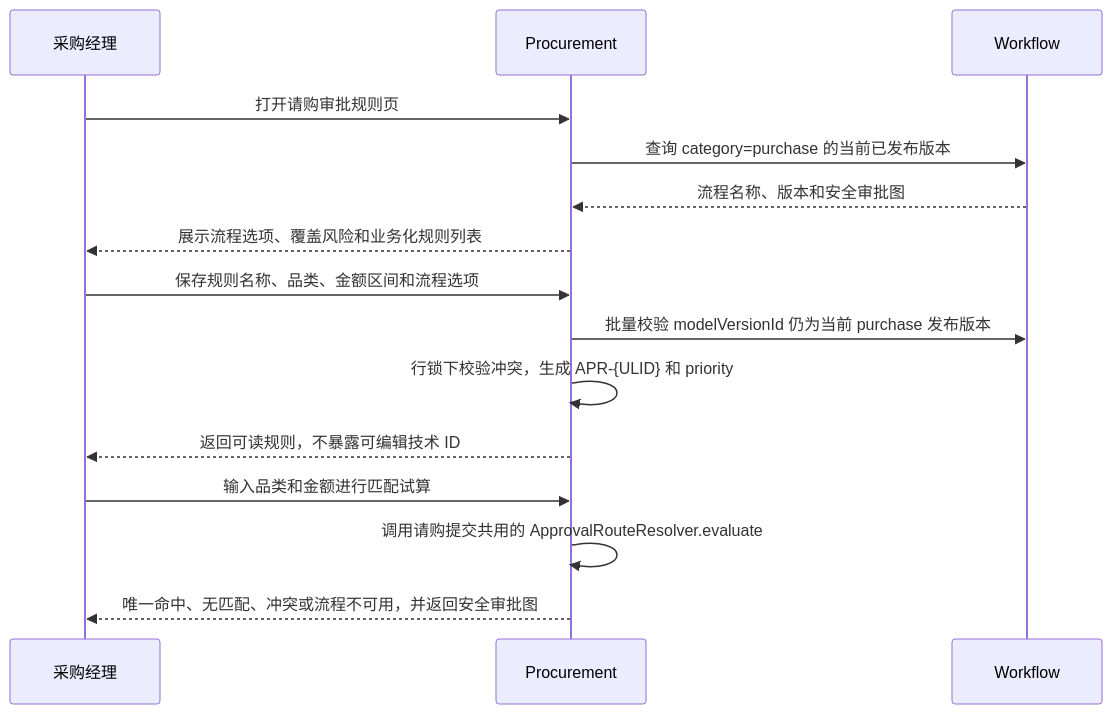
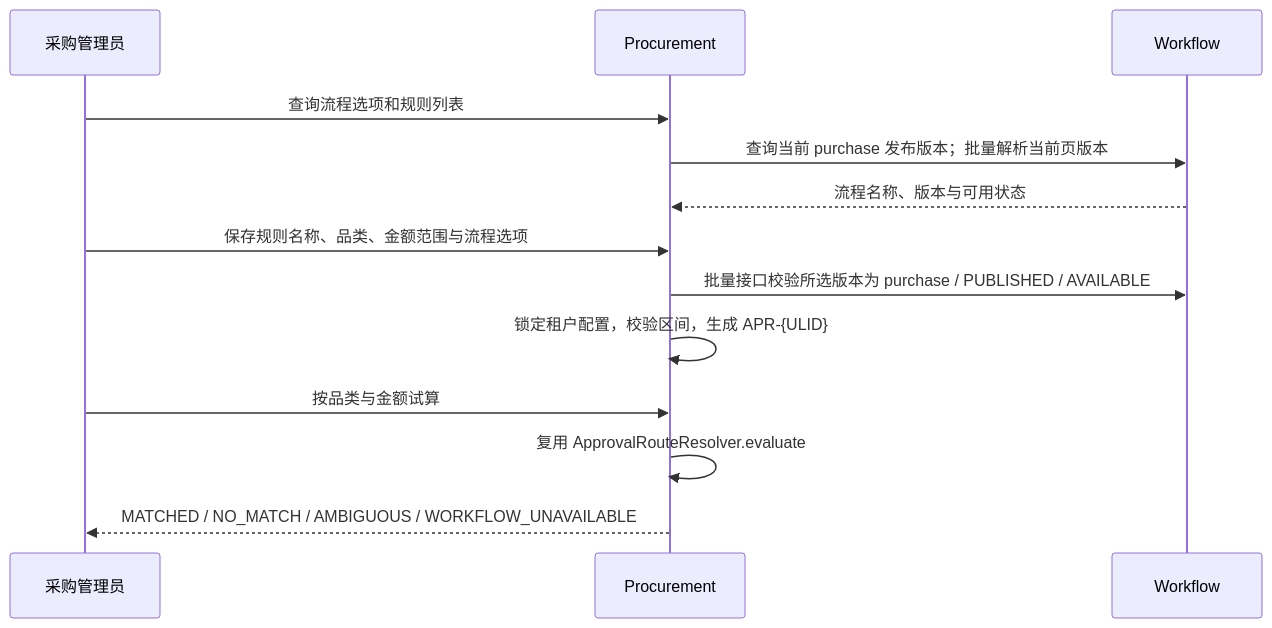
Diagram 17 of 21 in docs/core-flows.md (wang-baohai/Omni-Stack), drawn with Mermaid before and after one commit. The commit also changed other lines of this file and 1095 other files, not shown here.

````diff
--- a/docs/core-flows.md
+++ b/docs/core-flows.md
@@ -1749,18 +1386,15 @@
 ```mermaid
 sequenceDiagram
-    participant U as 采购经理
+    participant U as 采购管理员
     participant P as Procurement
     participant W as Workflow
-
-    U->>P: 打开请购审批规则页
-    P->>W: 查询 category=purchase 的当前已发布版本
-    W-->>P: 流程名称、版本和安全审批图
-    P-->>U: 展示流程选项、覆盖风险和业务化规则列表
-    U->>P: 保存规则名称、品类、金额区间和流程选项
-    P->>W: 批量校验 modelVersionId 仍为当前 purchase 发布版本
-    P->>P: 行锁下校验冲突，生成 APR-{ULID} 和 priority
-    P-->>U: 返回可读规则，不暴露可编辑技术 ID
-    U->>P: 输入品类和金额进行匹配试算
-    P->>P: 调用请购提交共用的 ApprovalRouteResolver.evaluate
-    P-->>U: 唯一命中、无匹配、冲突或流程不可用，并返回安全审批图
+    U->>P: 查询流程选项和规则列表
+    P->>W: 查询当前 purchase 发布版本；批量解析当前页版本
+    W-->>P: 流程名称、版本与可用状态
+    U->>P: 保存规则名称、品类、金额范围与流程选项
+    P->>W: 批量接口校验所选版本为 purchase / PUBLISHED / AVAILABLE
+    P->>P: 锁定租户配置，校验区间，生成 APR-{ULID}
+    U->>P: 按品类与金额试算
+    P->>P: 复用 ApprovalRouteResolver.evaluate
+    P-->>U: MATCHED / NO_MATCH / AMBIGUOUS / WORKFLOW_UNAVAILABLE
 ```
````
